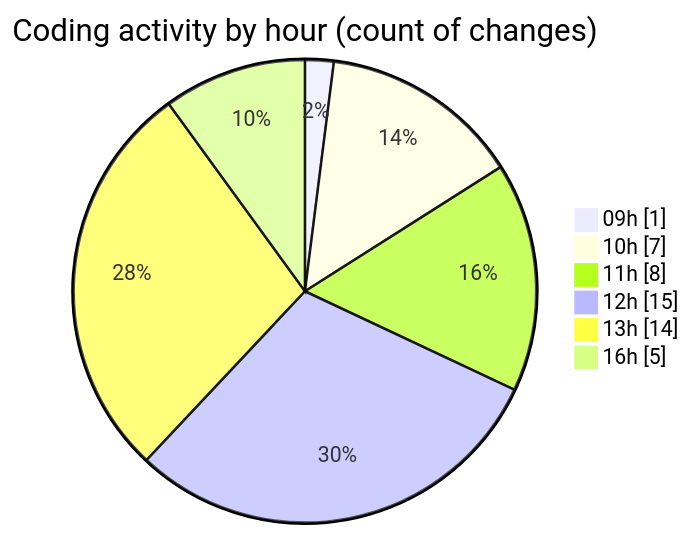
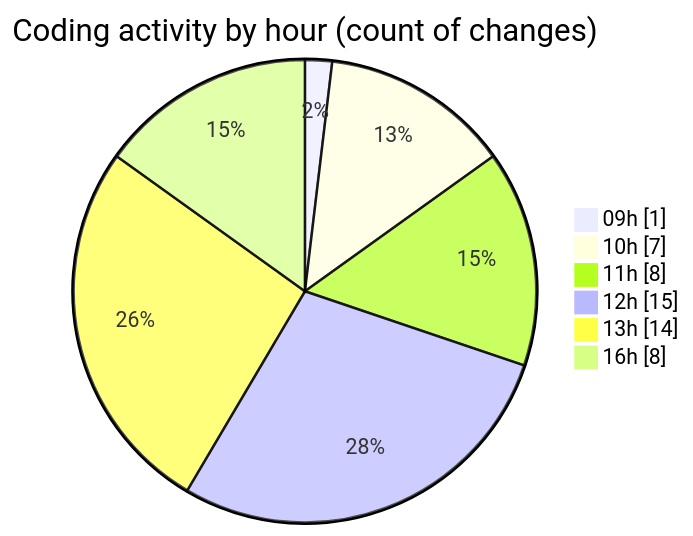
Before and after one commit to Elitesun/code-tracking: the second of 2 diagrams in 2025-02-12/elitegpt/README.md, drawn with Mermaid. The commit also changed other lines of this file and 1 other file, not shown here.

````diff
--- a/2025-02-12/elitegpt/README.md
+++ b/2025-02-12/elitegpt/README.md
@@ -42,10 +42,10 @@
 ```mermaid
 pie showData
 title Coding activity by hour (count of changes)
 "09h" : 1
 "10h" : 7
 "11h" : 8
 "12h" : 15
 "13h" : 14
-"16h" : 5
+"16h" : 8
 ```
````
